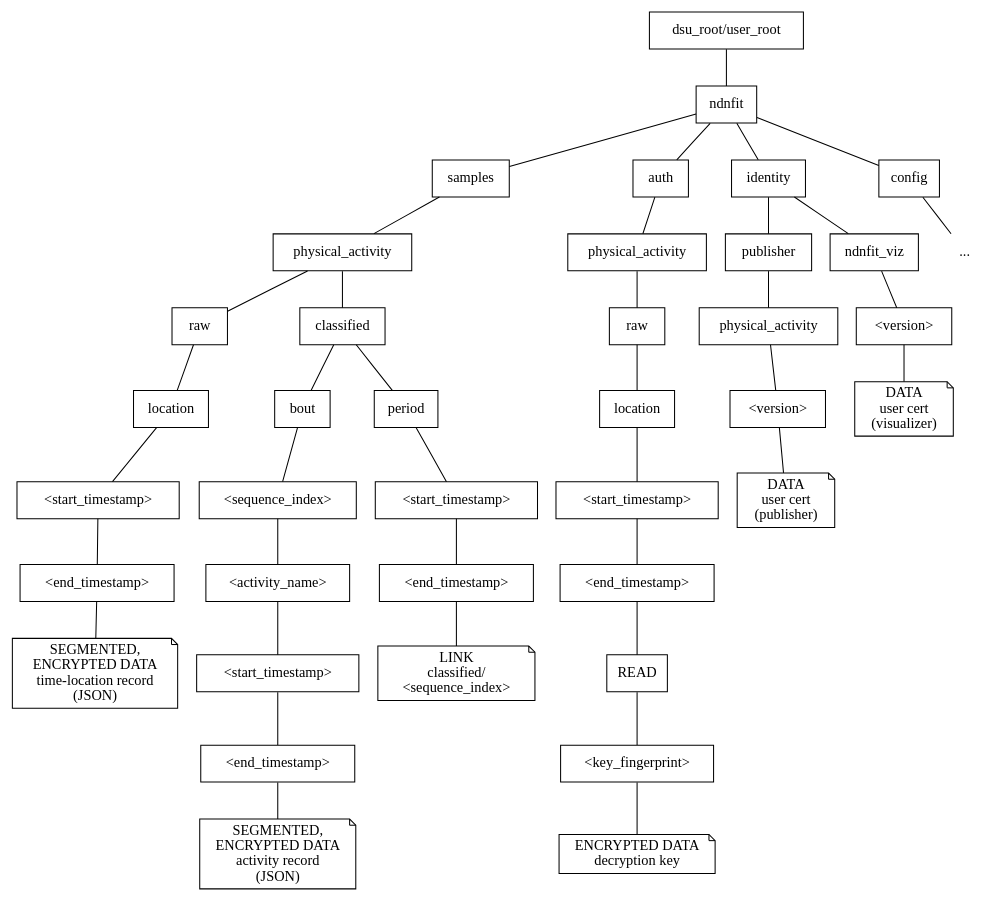
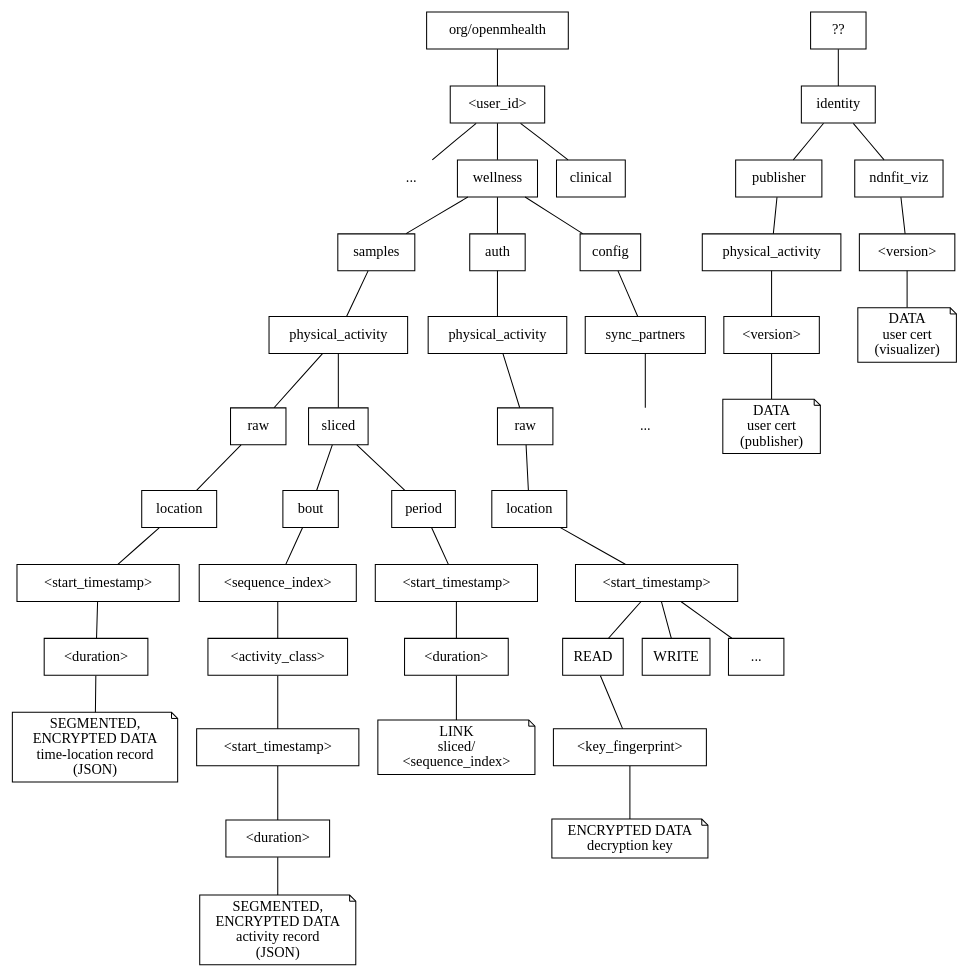
Before and after one commit to remap/ndn-netenv-techreports: the diagram in Open_mHealth/figures/NDNFit-name-top-01.dot, drawn with Graphviz. The commit also changed 1 other file, not shown here.

```diff
--- a/Open_mHealth/figures/NDNFit-name-top-01.dot
+++ b/Open_mHealth/figures/NDNFit-name-top-01.dot
@@ -1,52 +1,63 @@
 graph top {
 
 node [shape=box]; 
 
-physical_activity_samples [label="physical_activity"];
-physical_activity_auth [label="physical_activity"];
 
-"dsu_root/user_root" -- ndnfit; 
-ndnfit -- samples -- physical_activity_samples; 
-ndnfit -- auth -- physical_activity_auth;
-ndnfit -- identity;
-ndnfit -- config -- config_ellipses;
-config_ellipses [shape=plaintext,label="..."];
+"org/openmhealth" -- <<user_id>>; 
+<<user_id>> -- category_ellipses;
+<<user_id>> -- wellness;
+<<user_id>> -- clinical;
+
+
+category_ellipses [shape=plaintext,label="..."];
+
+wellness -- samples;
+wellness -- auth;
+"??" -- identity;
+
+wellness -- config;
+config -- sync_partners -- sync_partners_ellipses; 
+sync_partners_ellipses [shape=plaintext,label="..."];
 
 
 identity -- publisher -- physical_activity_cert -- physical_activity_cert_version-- user_cert;
 identity -- ndnfit_viz -- ndnfit_viz_cert_version -- user_cert_2;
 physical_activity_cert [label="physical_activity"];
 physical_activity_cert_version [label="<version>"];
 ndnfit_viz_cert_version [label="<version>"];
 user_cert [shape=note, label="DATA\nuser cert\n(publisher)"];
 user_cert_2 [shape=note, label="DATA\nuser cert\n(visualizer)"];
 
-physical_activity_auth -- auth_raw -- auth_location -- auth_start_timestamp -- auth_end_timestamp -- READ --  <<key_fingerprint>> -- auth_data_reader; 
+
+physical_activity_auth [label="physical_activity"];
+
+auth -- physical_activity_auth -- auth_raw -- auth_location -- auth_start_timestamp  -- READ --  <<key_fingerprint>> -- auth_data_reader; 
+
+auth_start_timestamp -- WRITE;
+auth_start_timestamp -- "...";
 
 auth_raw [label="raw"];
 auth_location [label="location"]; 
 auth_start_timestamp [label="<start_timestamp>"];
-auth_end_timestamp [label="<end_timestamp>"];
 
 
 auth_data_reader [shape=note, label="ENCRYPTED DATA\n decryption key"]; 
 
-
-physical_activity_samples -- raw -- location -- raw_start_timestamp -- raw_end_timestamp -- raw_data; 
+samples -- physical_activity -- raw -- location -- raw_start_timestamp -- raw_end_timestamp -- raw_data; 
 raw_start_timestamp [label="<start_timestamp>"]; 
-raw_end_timestamp [label="<end_timestamp>"]; 
+raw_end_timestamp [label="<duration>"]; 
 raw_data [shape="note", label="SEGMENTED,\nENCRYPTED DATA\ntime-location record\n(JSON)"];
 
-physical_activity_samples -- classified;
-classified -- bout -- <<sequence_index>> -- <<activity_name>>; 
-<<activity_name>> -- activity_start_timestamp -- activity_end_timestamp -- classified_data;
+physical_activity -- sliced;
+sliced -- bout -- <<sequence_index>> -- <<activity_class>>; 
+<<activity_class>> -- activity_start_timestamp -- activity_end_timestamp -- sliced_data;
 activity_start_timestamp [label="<start_timestamp>"];
-activity_end_timestamp [label="<end_timestamp>"];
-classified_data [shape="note", label="SEGMENTED,\nENCRYPTED DATA\nactivity record\n(JSON)"];
+activity_end_timestamp [label="<duration>"];
+sliced_data [shape="note", label="SEGMENTED,\nENCRYPTED DATA\nactivity record\n(JSON)"];
 
-classified -- period -- classified_start_timestamp -- classified__end_timestamp -- classified_time_lookup; 
-classified_start_timestamp [label="<start_timestamp>"];
-classified__end_timestamp [label="<end_timestamp>"];
-classified_time_lookup [shape=note, label="LINK\nclassified/\n<sequence_index>"]
+sliced -- period -- sliced_start_timestamp -- sliced__end_timestamp -- sliced_time_lookup; 
+sliced_start_timestamp [label="<start_timestamp>"];
+sliced__end_timestamp [label="<duration>"];
+sliced_time_lookup [shape=note, label="LINK\nsliced/\n<sequence_index>"]
 
 }
```
